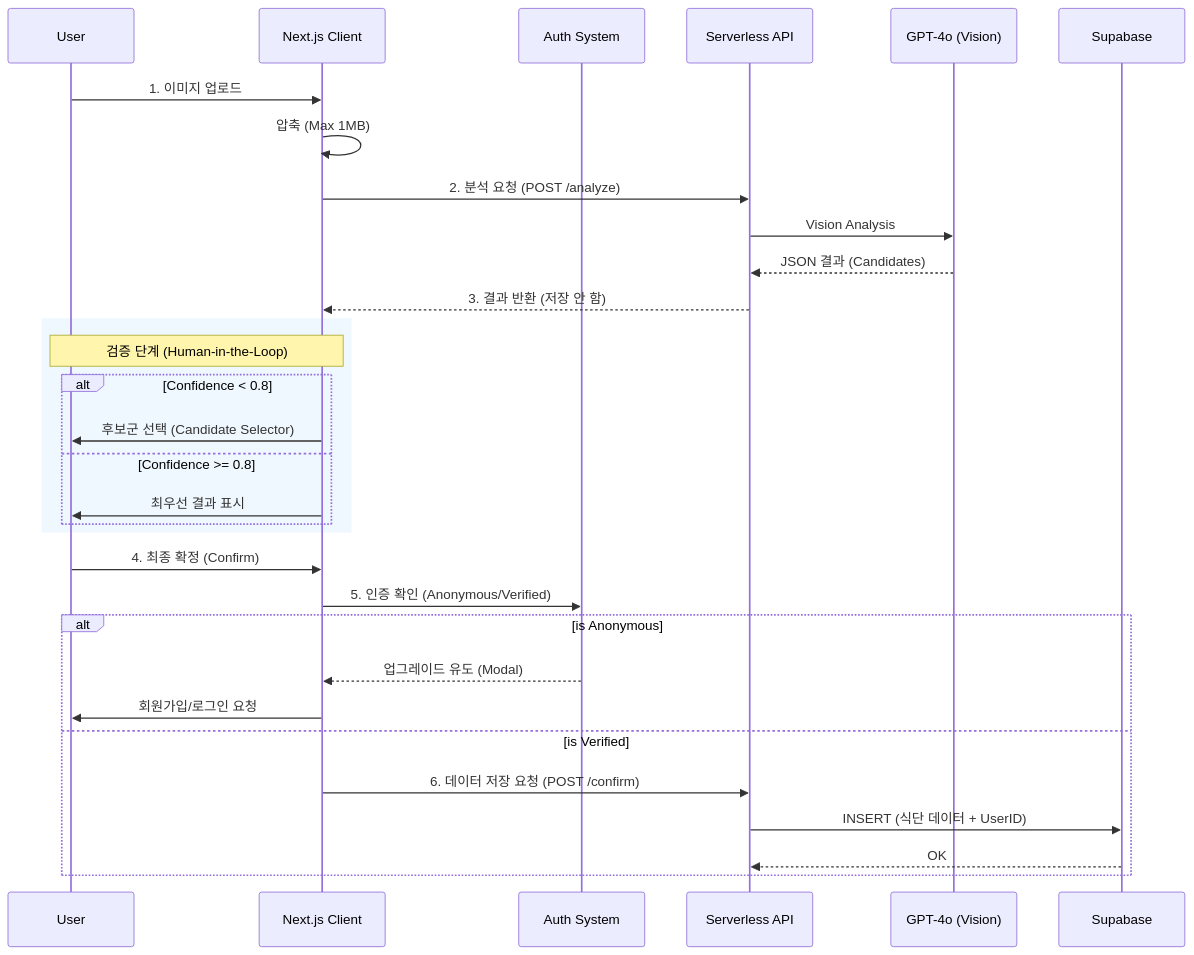
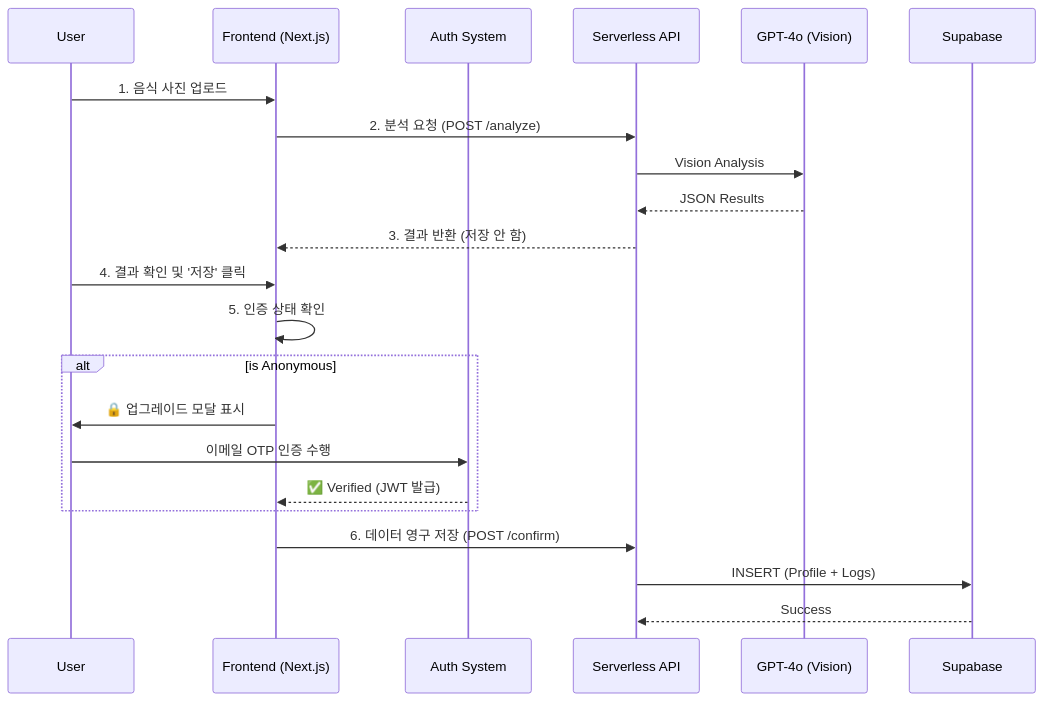
Before and after one commit to sjwoo1999/MealRo: the diagram in README.md, drawn with Mermaid. The commit also changed other lines of this file and 5 other files, not shown here.

````diff
--- a/README.md
+++ b/README.md
@@ -47,36 +47,28 @@
 ```mermaid
 sequenceDiagram
     participant User
-    participant Client as Next.js Client
+    participant Client as Frontend (Next.js)
     participant Auth as Auth System
     participant API as Serverless API
     participant AI as GPT-4o (Vision)
     participant DB as Supabase
 
-    User->>Client: 1. 이미지 업로드
-    Client->>Client: 압축 (Max 1MB)
+    User->>Client: 1. 음식 사진 업로드
     Client->>API: 2. 분석 요청 (POST /analyze)
     API->>AI: Vision Analysis
-    AI-->>API: JSON 결과 (Candidates)
+    AI-->>API: JSON Results
     API-->>Client: 3. 결과 반환 (저장 안 함)
     
-    rect rgb(240, 248, 255)
-        Note over Client, User: 검증 단계 (Human-in-the-Loop)
-        alt Confidence < 0.8
-            Client->>User: 후보군 선택 (Candidate Selector)
-        else Confidence >= 0.8
-            Client->>User: 최우선 결과 표시
-        end
+    User->>Client: 4. 결과 확인 및 '저장' 클릭
+    Client->>Client: 5. 인증 상태 확인
+    
+    alt is Anonymous
+        Client->>User: 🔒 업그레이드 모달 표시
+        User->>Auth: 이메일 OTP 인증 수행
+        Auth-->>Client: ✅ Verified (JWT 발급)
     end
-
-    User->>Client: 4. 최종 확정 (Confirm)
-    Client->>Auth: 5. 인증 확인 (Anonymous/Verified)
-    alt is Anonymous
-        Auth-->>Client: 업그레이드 유도 (Modal)
-        Client->>User: 회원가입/로그인 요청
-    else is Verified
-        Client->>API: 6. 데이터 저장 요청 (POST /confirm)
-        API->>DB: INSERT (식단 데이터 + UserID)
-        DB-->>API: OK
-    end
+    
+    Client->>API: 6. 데이터 영구 저장 (POST /confirm)
+    API->>DB: INSERT (Profile + Logs)
+    DB-->>API: Success
 ```
````
